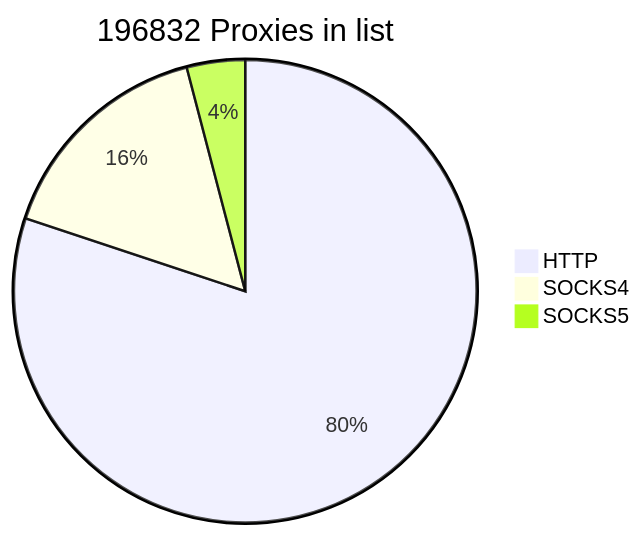
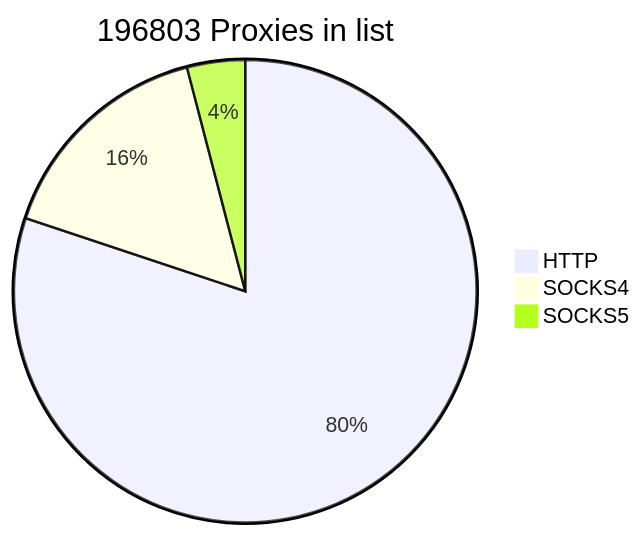
The first of 2 diagrams in README.md (cutipu/proxylist), drawn with Mermaid before and after one commit. The commit also changed other lines of this file, not shown here.

````diff
--- a/README.md
+++ b/README.md
@@ -2,7 +2,7 @@
 ```mermaid
-pie title 196832 Proxies in list
-    "HTTP" : 157667
-    "SOCKS4" : 31148
-    "SOCKS5" : 8017
+pie title 196803 Proxies in list
+    "HTTP" : 157655
+    "SOCKS4" : 31168
+    "SOCKS5" : 7980
             
 ```
````
